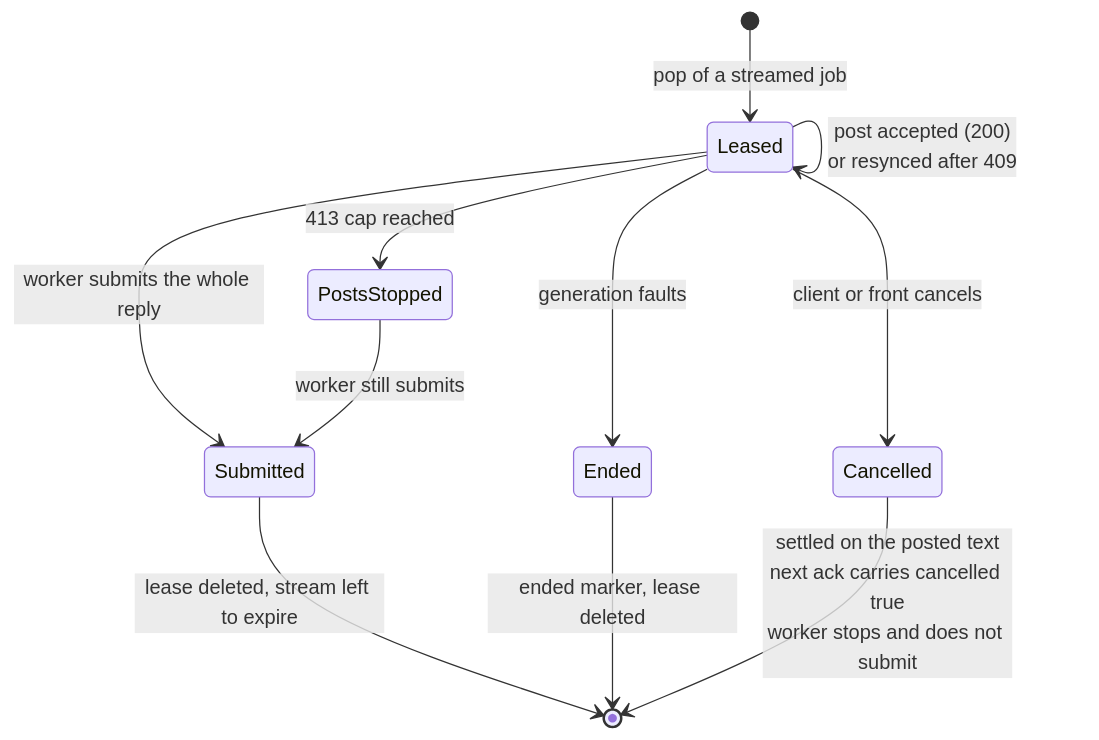
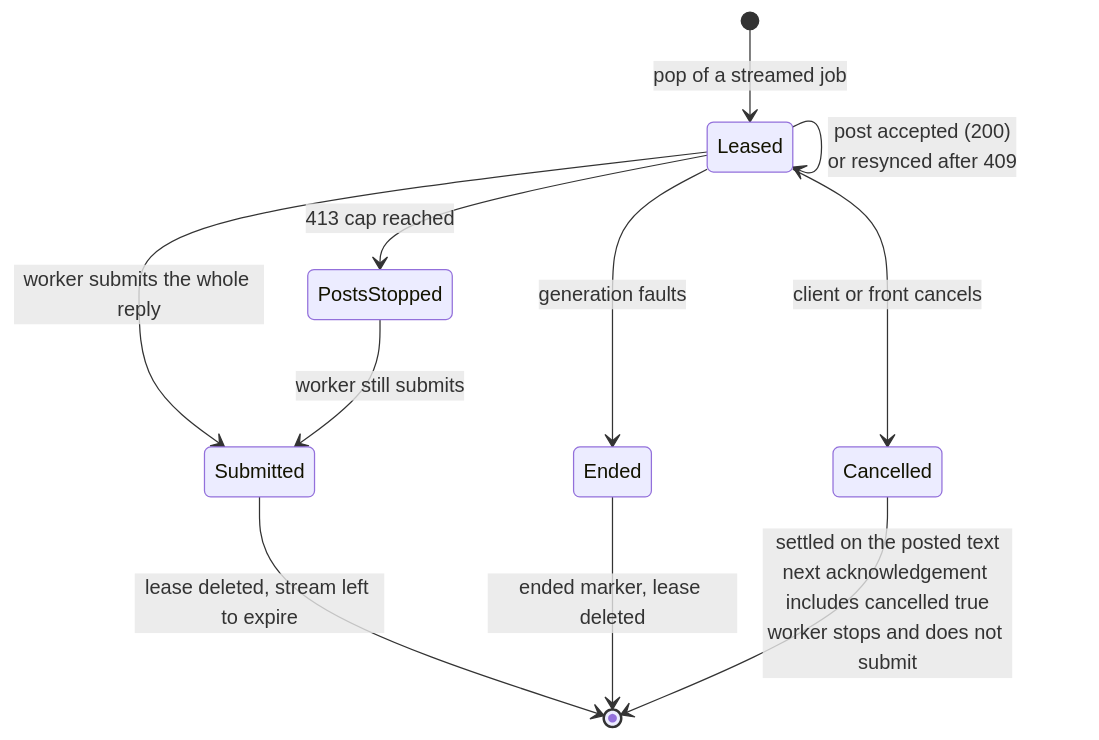
The seventh of 7 diagrams in docs/explanation/chat_requests.md (Haidra-Org/AI-Horde), drawn with Mermaid before and after one commit. The commit also changed other lines of this file and 62 other files, not shown here.

````diff
--- a/docs/explanation/chat_requests.md
+++ b/docs/explanation/chat_requests.md
@@ -461,13 +473,13 @@
 ```mermaid
 stateDiagram-v2
     [*] --> Leased: pop of a streamed job
     Leased --> Leased: post accepted (200)<br/>or resynced after 409
     Leased --> Submitted: worker submits the whole reply
     Leased --> Ended: generation faults
     Leased --> Cancelled: client or front cancels
     Leased --> PostsStopped: 413 cap reached
     PostsStopped --> Submitted: worker still submits
     Submitted --> [*]: lease deleted, stream left to expire
     Ended --> [*]: ended marker, lease deleted
-    Cancelled --> [*]: settled on the posted text<br/>next ack carries cancelled true<br/>worker stops and does not submit
+    Cancelled --> [*]: settled on the posted text<br/>next acknowledgement includes cancelled true<br/>worker stops and does not submit
 ```
````
